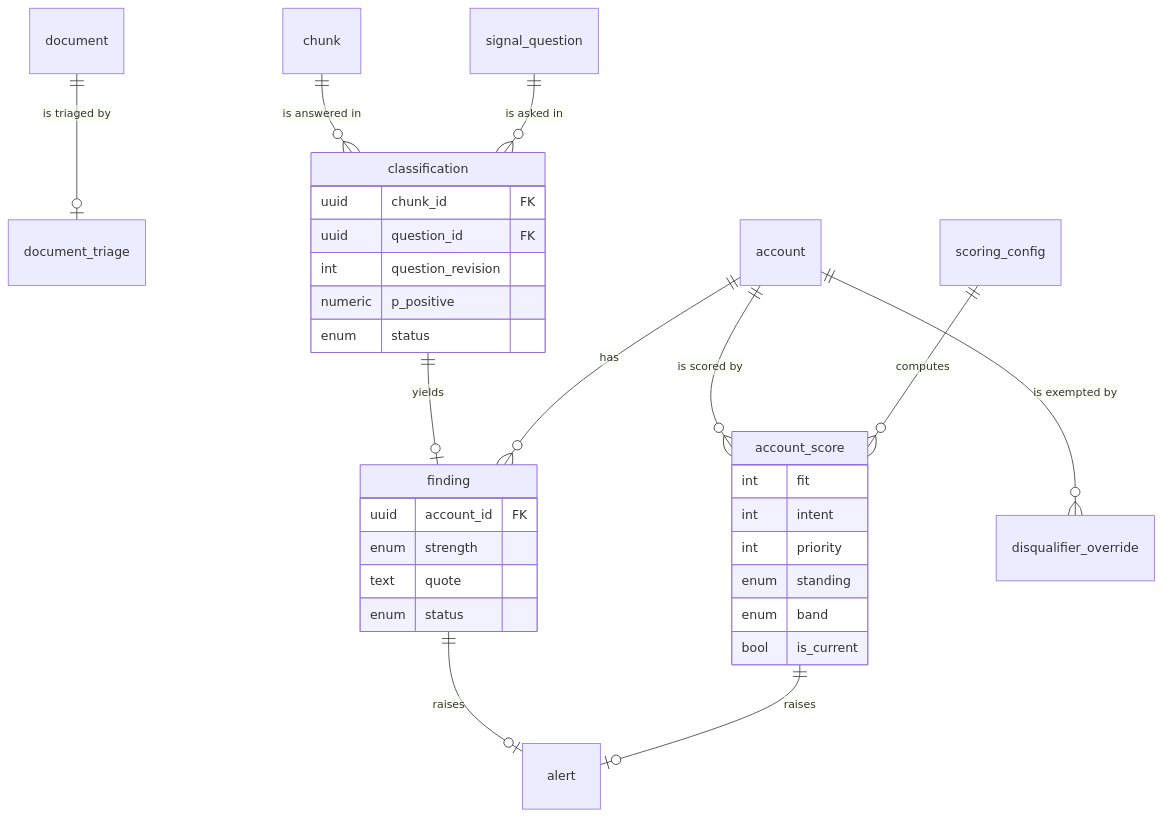
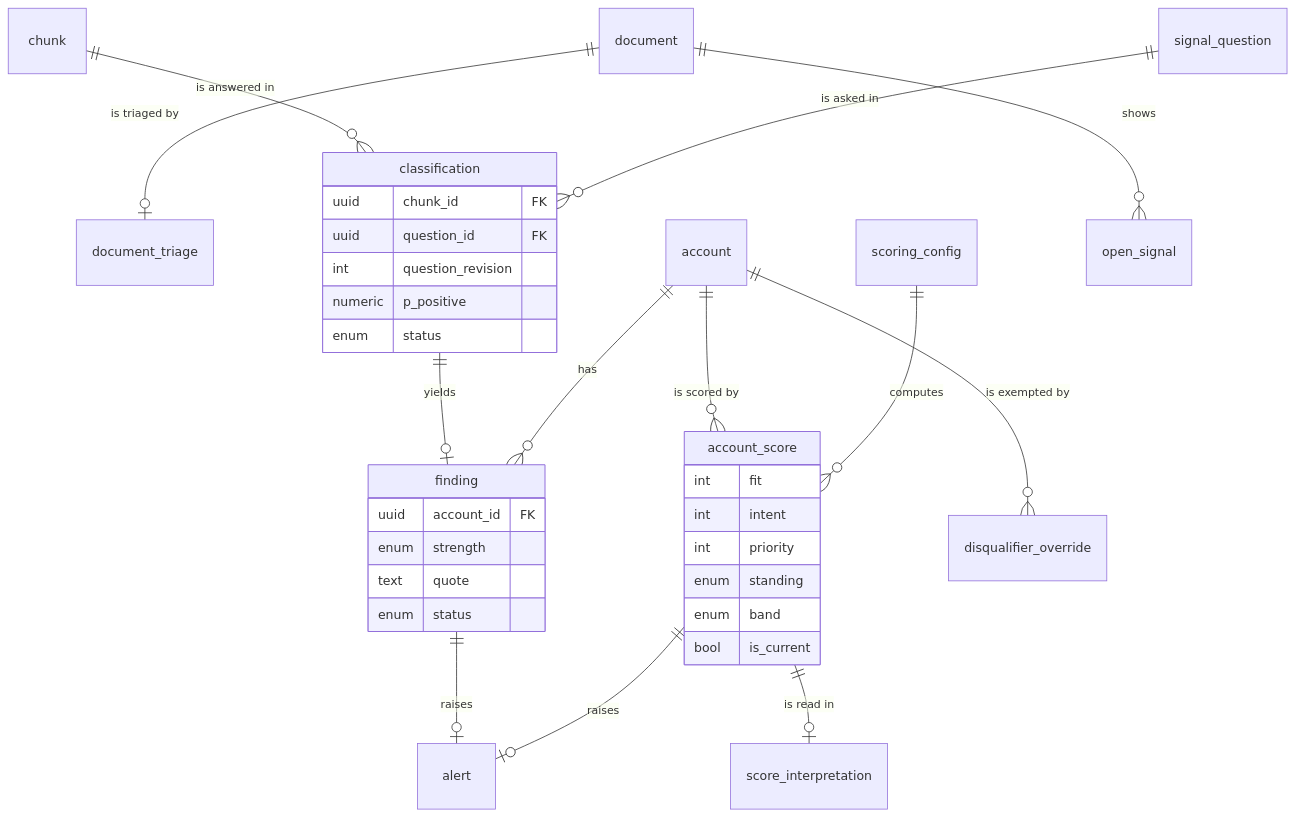
One commit to Nichita111/OrangeLeadRadar changed the fifth of 7 diagrams in docs/architecture/sql-store.md. Above: the diagram before and after it, drawn with Mermaid. The commit also changed other lines of this file and 22 other files, not shown here.

First line of the commit message:
docs(docs): specify interpretation, open signals, engagement and the daily cycle

````diff
--- a/docs/architecture/sql-store.md
+++ b/docs/architecture/sql-store.md
@@ -462,34 +468,36 @@
 ```mermaid
 erDiagram
   document ||--o| document_triage : "is triaged by"
   chunk ||--o{ classification : "is answered in"
   signal_question ||--o{ classification : "is asked in"
   classification ||--o| finding : "yields"
   account ||--o{ finding : has
   account ||--o{ account_score : "is scored by"
   scoring_config ||--o{ account_score : computes
   account ||--o{ disqualifier_override : "is exempted by"
   finding ||--o| alert : raises
   account_score ||--o| alert : raises
+  account_score ||--o| score_interpretation : "is read in"
+  document ||--o{ open_signal : "shows"
   classification {
     uuid chunk_id FK
     uuid question_id FK
     int question_revision
     numeric p_positive
     enum status
   }
   finding {
     uuid account_id FK
     enum strength
     text quote
     enum status
   }
   account_score {
     int fit
     int intent
     int priority
     enum standing
     enum band
     bool is_current
   }
 ```
````
